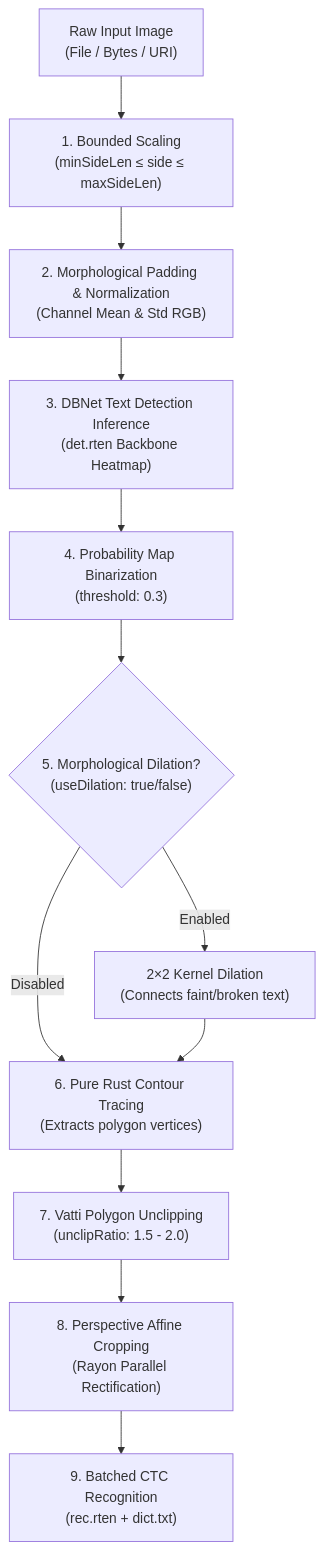
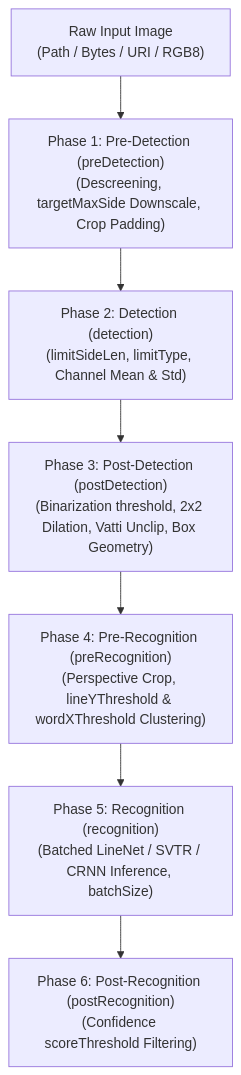
Before and after one commit to byrizki/rusto-rs: the diagram in docs/content/en/03.advance-guide/04.image-preprocessing-and-tuning.md, drawn with Mermaid. The commit also changed other lines of this file and 193 other files, not shown here.

````diff
--- a/docs/content/en/03.advance-guide/04.image-preprocessing-and-tuning.md
+++ b/docs/content/en/03.advance-guide/04.image-preprocessing-and-tuning.md
@@ -15,14 +15,9 @@
 ```mermaid
 flowchart TD
-    A["Raw Input Image<br/>(File / Bytes / URI)"] --> B["1. Bounded Scaling<br/>(minSideLen &le; side &le; maxSideLen)"]
-    B --> C["2. Morphological Padding & Normalization<br/>(Channel Mean & Std RGB)"]
-    C --> D["3. DBNet Text Detection Inference<br/>(det.rten Backbone Heatmap)"]
-    D --> E["4. Probability Map Binarization<br/>(threshold: 0.3)"]
-    E --> F{"5. Morphological Dilation?<br/>(useDilation: true/false)"}
-    F -->|Enabled| G["2&times;2 Kernel Dilation<br/>(Connects faint/broken text)"]
-    F -->|Disabled| H["6. Pure Rust Contour Tracing<br/>(Extracts polygon vertices)"]
-    G --> H
-    H --> I["7. Vatti Polygon Unclipping<br/>(unclipRatio: 1.5 - 2.0)"]
-    I --> J["8. Perspective Affine Cropping<br/>(Rayon Parallel Rectification)"]
-    J --> K["9. Batched CTC Recognition<br/>(rec.rten + dict.txt)"]
+    A["Raw Input Image<br/>(Path / Bytes / URI / RGB8)"] --> B["Phase 1: Pre-Detection (preDetection)<br/>(Descreening, targetMaxSide Downscale, Crop Padding)"]
+    B --> C["Phase 2: Detection (detection)<br/>(limitSideLen, limitType, Channel Mean & Std)"]
+    C --> D["Phase 3: Post-Detection (postDetection)<br/>(Binarization threshold, 2x2 Dilation, Vatti Unclip, Box Geometry)"]
+    D --> E["Phase 4: Pre-Recognition (preRecognition)<br/>(Perspective Crop, lineYThreshold & wordXThreshold Clustering)"]
+    E --> F["Phase 5: Recognition (recognition)<br/>(Batched LineNet / SVTR / CRNN Inference, batchSize)"]
+    F --> G["Phase 6: Post-Recognition (postRecognition)<br/>(Confidence scoreThreshold Filtering)"]
 ```
````
